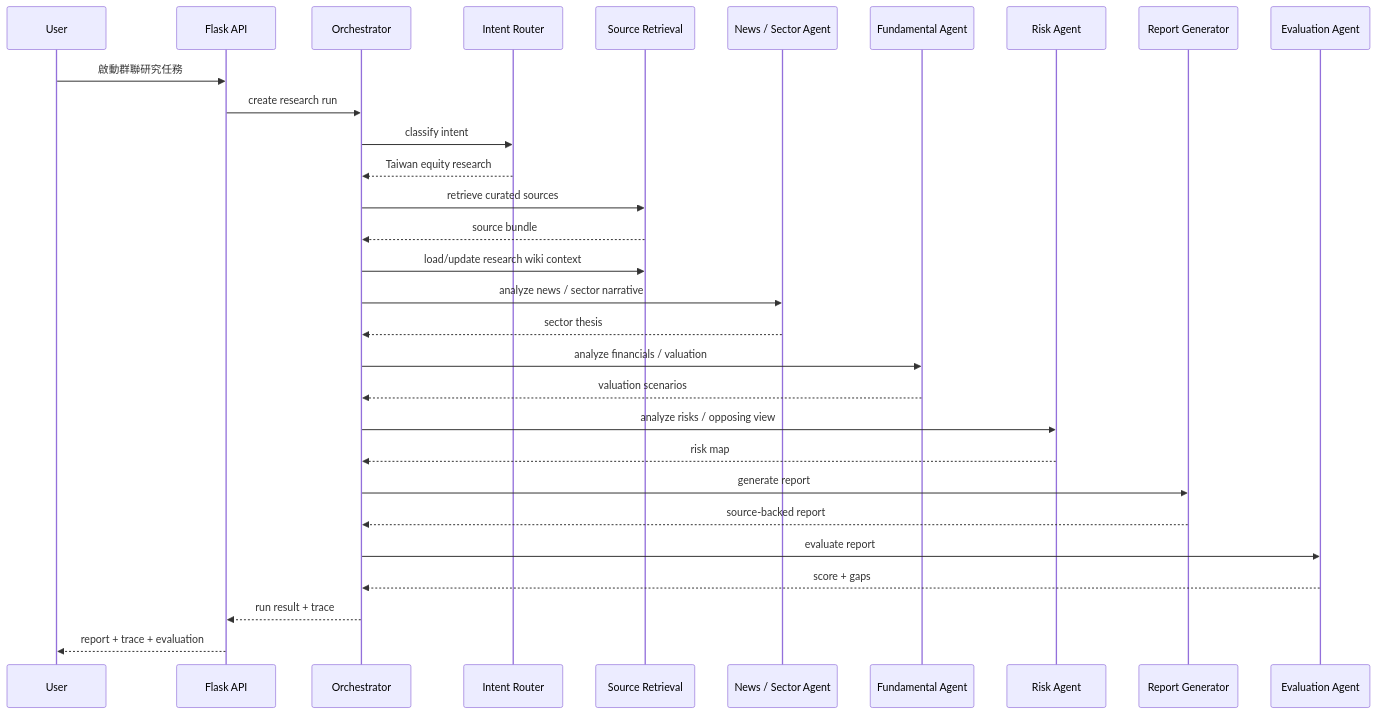
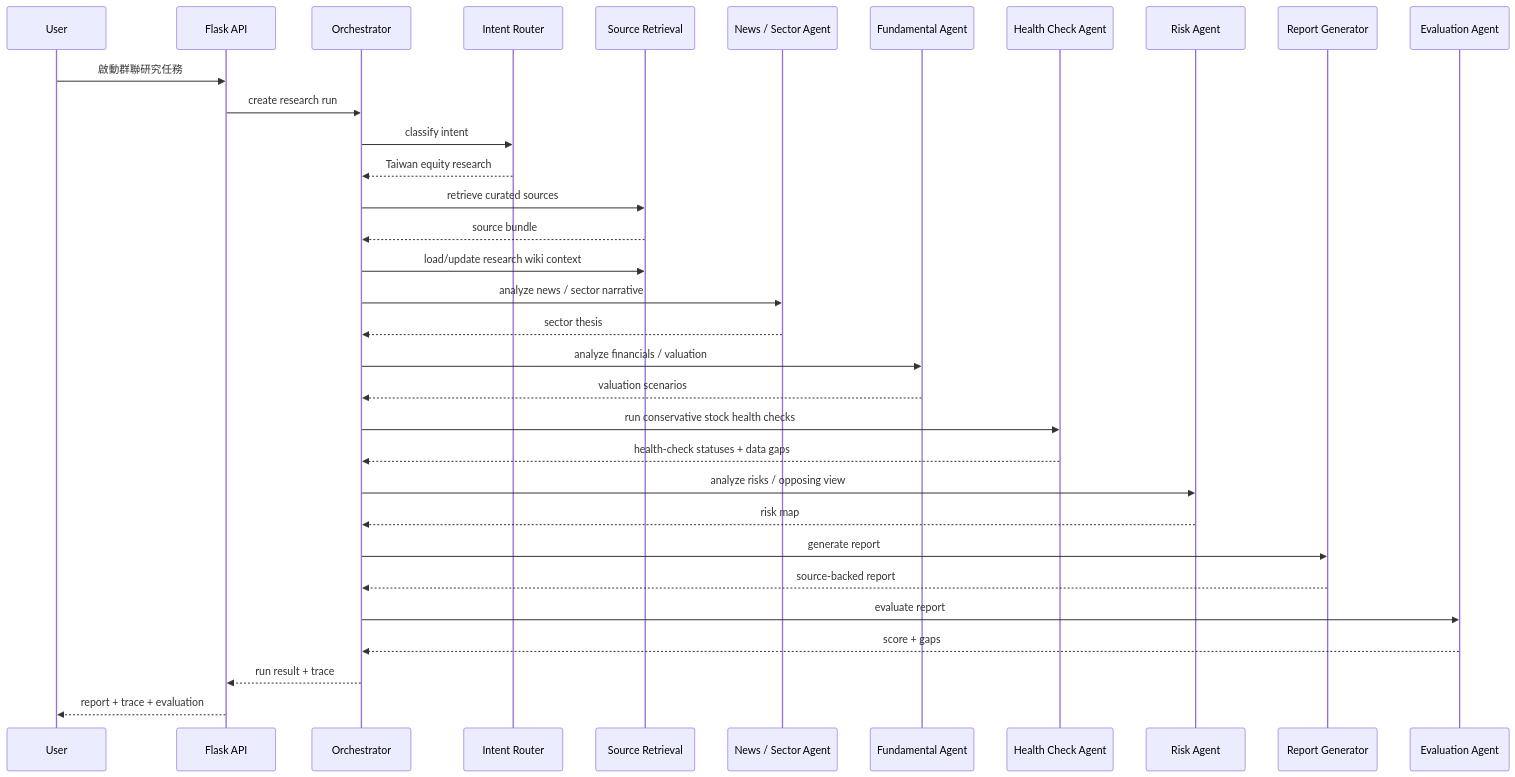
Before and after one commit to DancinAndrew/personal-finance-multi-agent-system: the second of 2 diagrams in openspec/changes/personal-finance-multi-agent-system/design.md, drawn with Mermaid. The commit also changed other lines of this file and 15 other files, not shown here.

Commit message:
feat: add conservative health check agent

````diff
--- a/openspec/changes/personal-finance-multi-agent-system/design.md
+++ b/openspec/changes/personal-finance-multi-agent-system/design.md
@@ -189,33 +192,36 @@
 ```mermaid
 sequenceDiagram
   participant U as User
   participant API as Flask API
   participant O as Orchestrator
   participant R as Intent Router
   participant S as Source Retrieval
   participant N as News / Sector Agent
   participant F as Fundamental Agent
+  participant H as Health Check Agent
   participant K as Risk Agent
   participant G as Report Generator
   participant E as Evaluation Agent
 
   U->>API: 啟動群聯研究任務
   API->>O: create research run
   O->>R: classify intent
   R-->>O: Taiwan equity research
   O->>S: retrieve curated sources
   S-->>O: source bundle
   O->>S: load/update research wiki context
   O->>N: analyze news / sector narrative
   N-->>O: sector thesis
   O->>F: analyze financials / valuation
   F-->>O: valuation scenarios
+  O->>H: run conservative stock health checks
+  H-->>O: health-check statuses + data gaps
   O->>K: analyze risks / opposing view
   K-->>O: risk map
   O->>G: generate report
   G-->>O: source-backed report
   O->>E: evaluate report
   E-->>O: score + gaps
   O-->>API: run result + trace
   API-->>U: report + trace + evaluation
 ```
````
